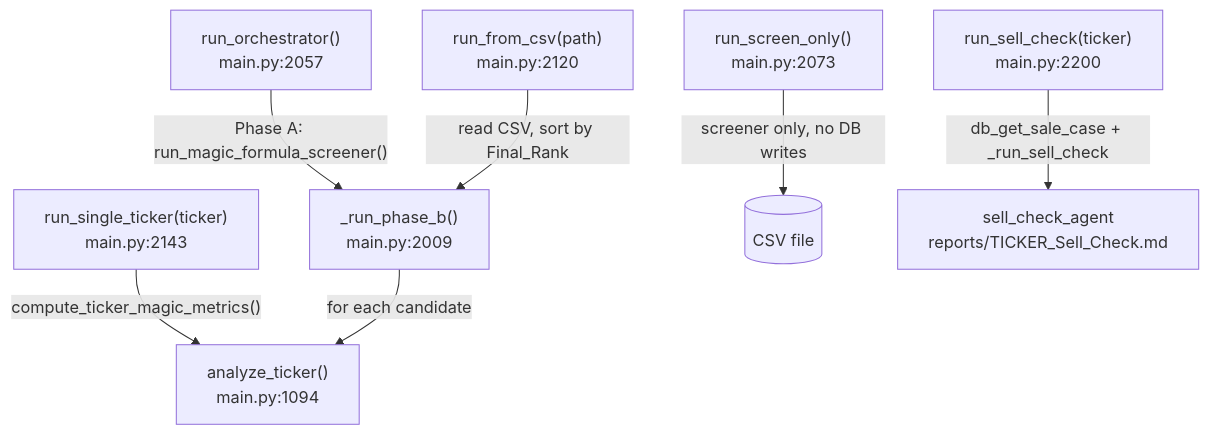
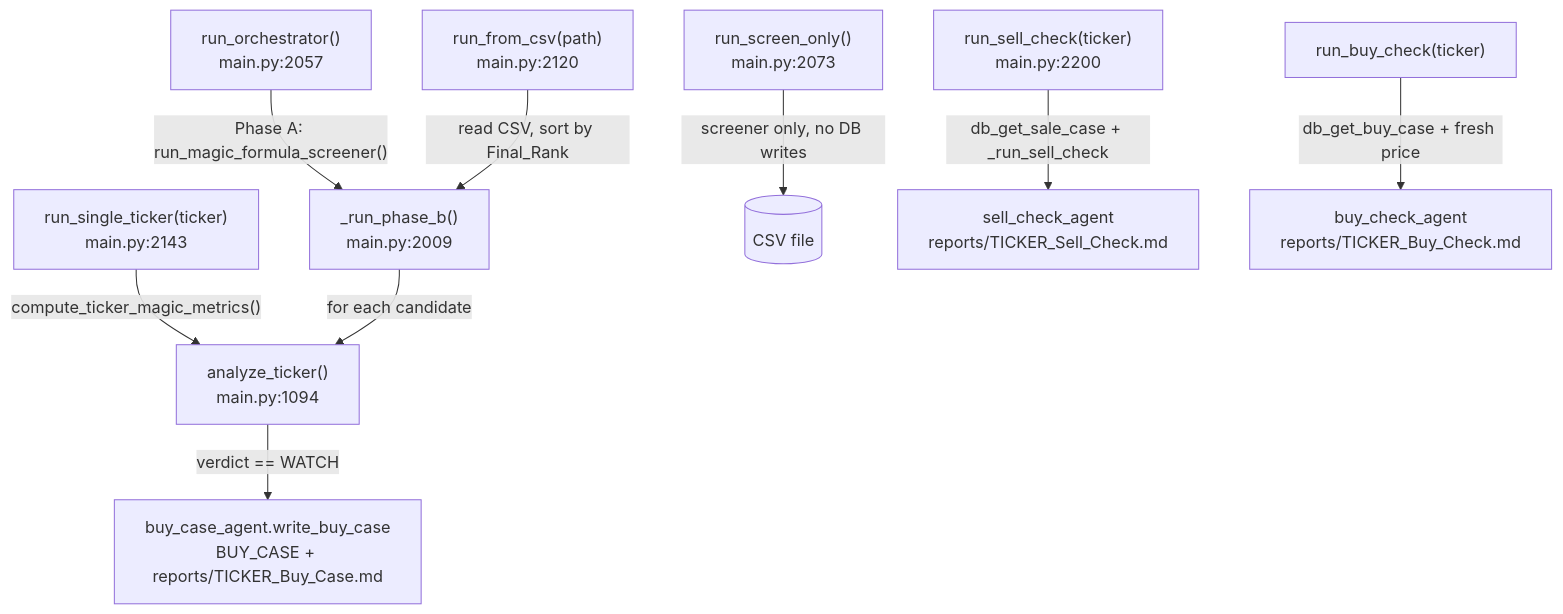
Before and after one commit to sun4github/magic-stock-picker: the diagram in docs/01-orchestration-and-cli.md, drawn with Mermaid. The commit also changed other lines of this file and 29 other files, not shown here.

Commit message:
buy-case added. live price added. updated critic-review to not flag live data discrepancy

````diff
--- a/docs/01-orchestration-and-cli.md
+++ b/docs/01-orchestration-and-cli.md
@@ -110,9 +134,11 @@
 ```mermaid
 flowchart TD
     A["run_orchestrator()\nmain.py:2057"] -->|"Phase A: run_magic_formula_screener()"| B["_run_phase_b()\nmain.py:2009"]
     C["run_from_csv(path)\nmain.py:2120"] -->|"read CSV, sort by Final_Rank"| B
     D["run_single_ticker(ticker)\nmain.py:2143"] -->|"compute_ticker_magic_metrics()"| E["analyze_ticker()\nmain.py:1094"]
     B -->|"for each candidate"| E
     F["run_screen_only()\nmain.py:2073"] -->|"screener only, no DB writes"| G[("CSV file")]
     H["run_sell_check(ticker)\nmain.py:2200"] -->|"db_get_sale_case + _run_sell_check"| I["sell_check_agent\nreports/TICKER_Sell_Check.md"]
+    J["run_buy_check(ticker)"] -->|"db_get_buy_case + fresh price"| K["buy_check_agent\nreports/TICKER_Buy_Check.md"]
+    E -->|"verdict == WATCH"| L["buy_case_agent.write_buy_case\nBUY_CASE + reports/TICKER_Buy_Case.md"]
 ```
````
